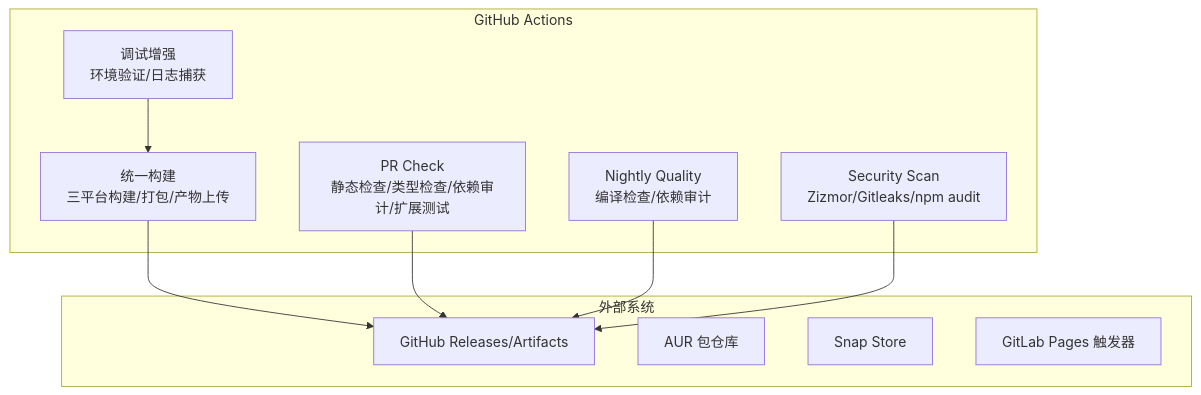
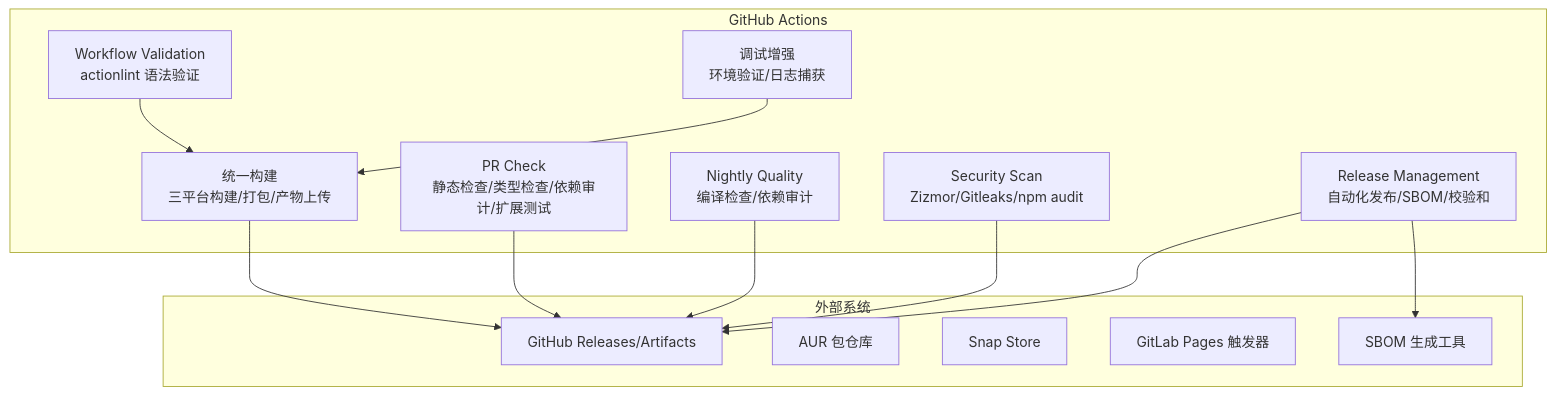
Before and after one commit to sofate798/KodrixCode: the first of 13 diagrams in .qoder/repowiki/zh/content/构建与部署/持续集成.md, drawn with Mermaid. The commit also changed other lines of this file and 3 other files, not shown here.

````diff
--- a/.qoder/repowiki/zh/content/构建与部署/持续集成.md
+++ b/.qoder/repowiki/zh/content/构建与部署/持续集成.md
@@ -45,21 +47,27 @@
 ```mermaid
 graph TB
 subgraph "GitHub Actions"
 BUILD["统一构建<br/>三平台构建/打包/产物上传"]
 PR["PR Check<br/>静态检查/类型检查/依赖审计/扩展测试"]
 NIGHTLY["Nightly Quality<br/>编译检查/依赖审计"]
 SECURITY["Security Scan<br/>Zizmor/Gitleaks/npm audit"]
+VALIDATE["Workflow Validation<br/>actionlint 语法验证"]
+RELEASE["Release Management<br/>自动化发布/SBOM/校验和"]
 DEBUG["调试增强<br/>环境验证/日志捕获"]
 end
 subgraph "外部系统"
 GH["GitHub Releases/Artifacts"]
 AUR["AUR 包仓库"]
 SNAP["Snap Store"]
 GITLAB["GitLab Pages 触发器"]
+SBOM["SBOM 生成工具"]
 end
 BUILD --> GH
 PR --> GH
 NIGHTLY --> GH
 SECURITY --> GH
+VALIDATE --> BUILD
+RELEASE --> GH
+RELEASE --> SBOM
 DEBUG --> BUILD
 ```
````
